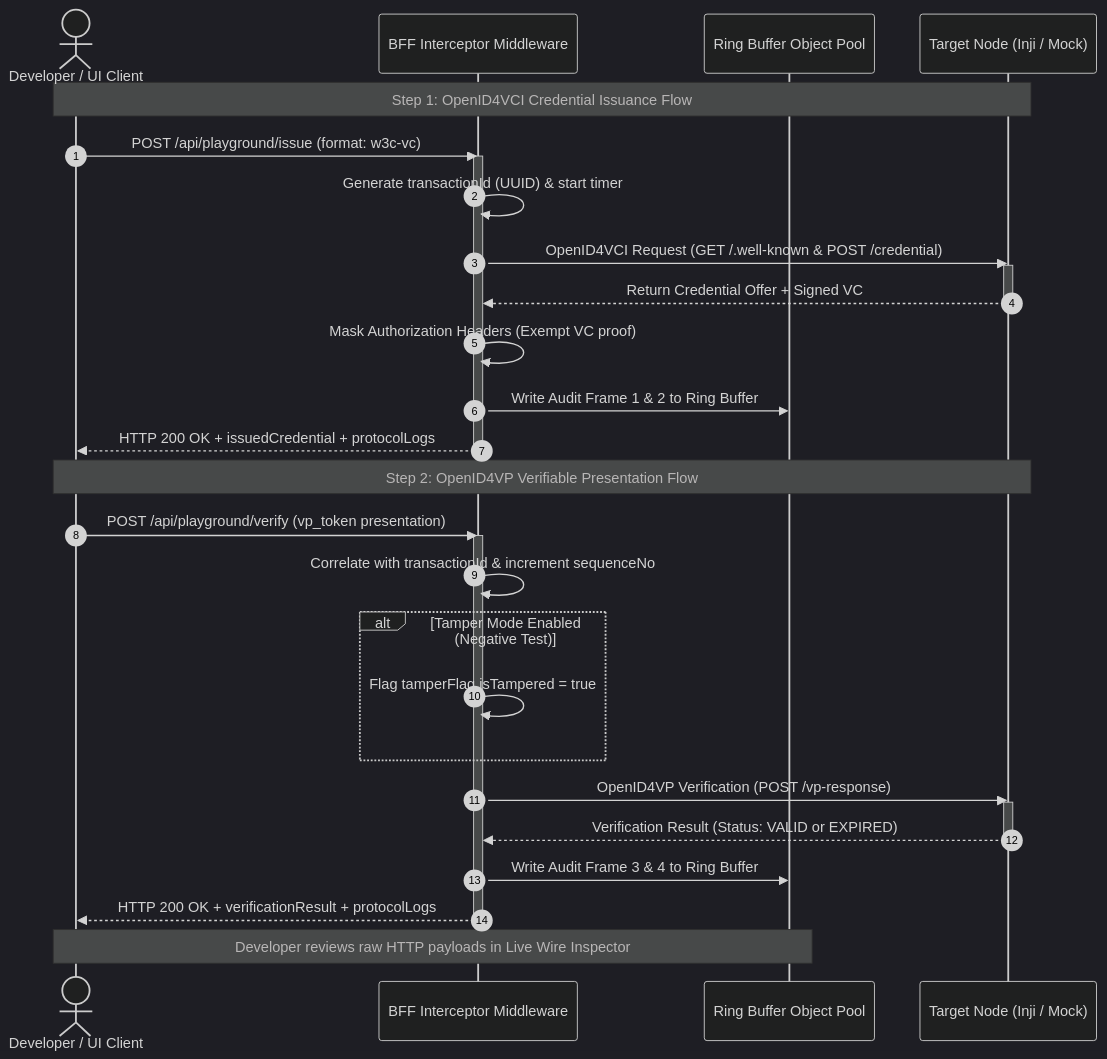
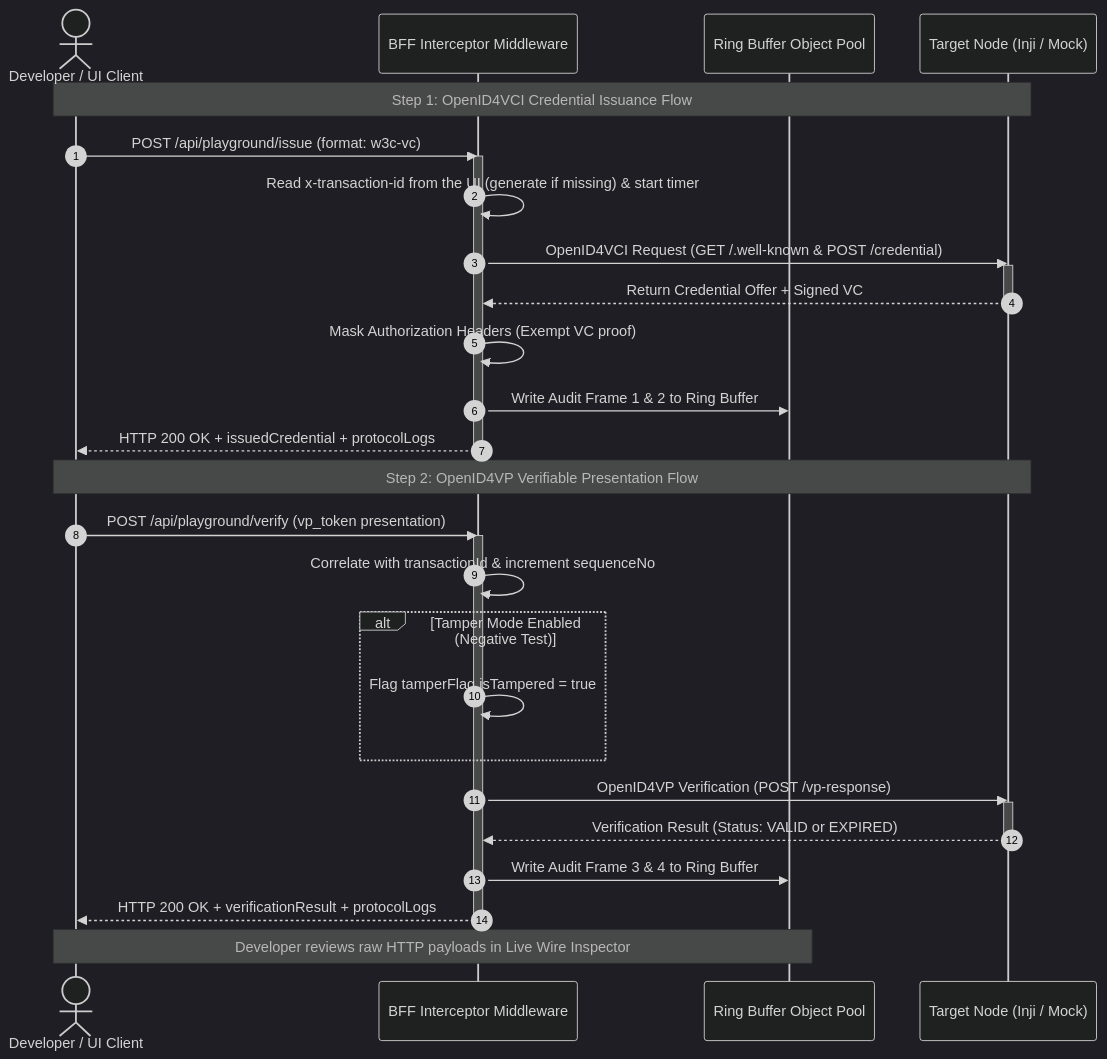
One commit to ghostknight10/MOSIP_Decode_IIITB_Larpers changed the fifth of 5 diagrams in docs/audit-logger-architecture.md. Above: the diagram before and after it, drawn with Mermaid (dark theme). The commit also changed other lines of this file and 6 other files, not shown here.

````diff
--- a/docs/audit-logger-architecture.md
+++ b/docs/audit-logger-architecture.md
@@ -174,38 +201,38 @@
 ```mermaid
 sequenceDiagram
     autonumber
     actor Developer as Developer / UI Client
     participant Interceptor as BFF Interceptor Middleware
     participant Logger as Ring Buffer Object Pool
     participant Engine as Target Node (Inji / Mock)
 
     Note over Developer,Engine: Step 1: OpenID4VCI Credential Issuance Flow
     Developer->>Interceptor: POST /api/playground/issue (format: w3c-vc)
     activate Interceptor
-    Interceptor->>Interceptor: Generate transactionId (UUID) & start timer
+    Interceptor->>Interceptor: Read x-transaction-id from the UI (generate if missing) & start timer
     Interceptor->>Engine: OpenID4VCI Request (GET /.well-known & POST /credential)
     activate Engine
     Engine-->>Interceptor: Return Credential Offer + Signed VC
     deactivate Engine
     Interceptor->>Interceptor: Mask Authorization Headers (Exempt VC proof)
     Interceptor->>Logger: Write Audit Frame 1 & 2 to Ring Buffer
     Interceptor-->>Developer: HTTP 200 OK + issuedCredential + protocolLogs
     deactivate Interceptor
 
     Note over Developer,Engine: Step 2: OpenID4VP Verifiable Presentation Flow
     Developer->>Interceptor: POST /api/playground/verify (vp_token presentation)
     activate Interceptor
     Interceptor->>Interceptor: Correlate with transactionId & increment sequenceNo
     alt Tamper Mode Enabled (Negative Test)
         Interceptor->>Interceptor: Flag tamperFlag.isTampered = true
     end
     Interceptor->>Engine: OpenID4VP Verification (POST /vp-response)
     activate Engine
     Engine-->>Interceptor: Verification Result (Status: VALID or EXPIRED)
     deactivate Engine
     Interceptor->>Logger: Write Audit Frame 3 & 4 to Ring Buffer
     Interceptor-->>Developer: HTTP 200 OK + verificationResult + protocolLogs
     deactivate Interceptor
 
     Note over Developer,Logger: Developer reviews raw HTTP payloads in Live Wire Inspector
 ```
````
